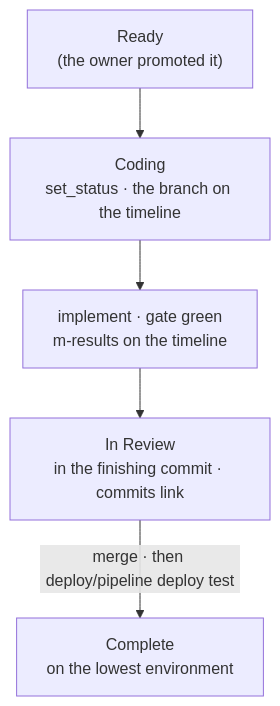
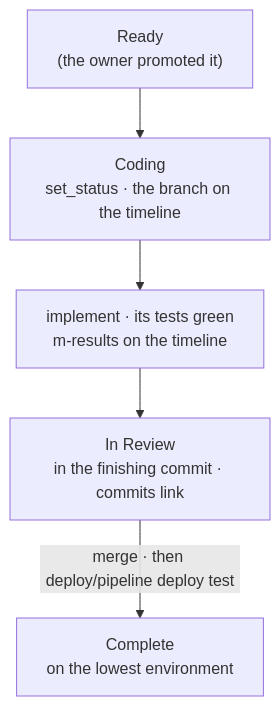
The diagram in building/SKILL.md (hypermemetic-ai/menger-skills), drawn with Mermaid before and after one commit. The commit also changed other lines of this file, not shown here.

````diff
--- a/building/SKILL.md
+++ b/building/SKILL.md
@@ -17,7 +17,7 @@
 ```mermaid
 graph TD
   R["Ready<br/>(the owner promoted it)"] --> C["Coding<br/>set_status · the branch on the timeline"]
-  C --> I["implement · gate green<br/>m-results on the timeline"]
+  C --> I["implement · its tests green<br/>m-results on the timeline"]
   I --> V["In Review<br/>in the finishing commit · commits link"]
   V -->|"merge · then deploy/pipeline deploy test"| D["Complete<br/>on the lowest environment"]
 ```
````
